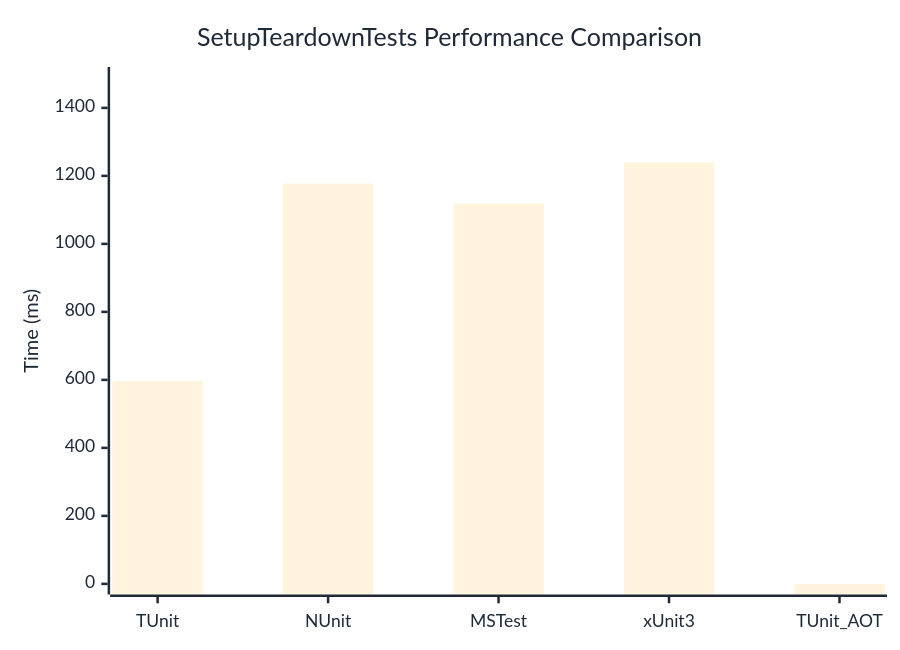
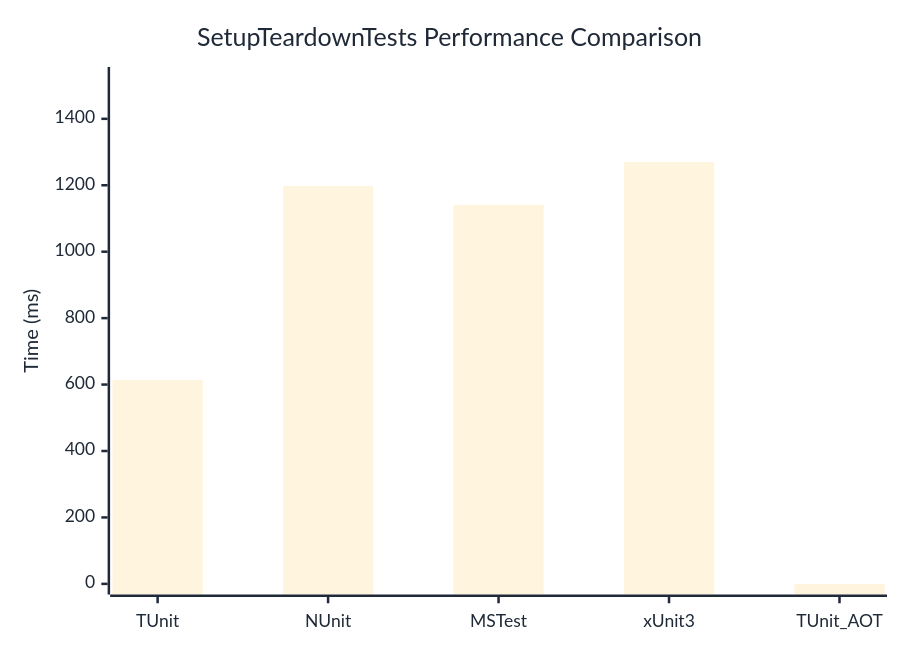
One commit to thomhurst/TUnit changed the diagram in docs/docs/benchmarks/SetupTeardownTests.md. Above: the diagram before and after it, drawn with Mermaid. The commit also changed other lines of this file and 37 other files, not shown here.

````diff
--- a/docs/docs/benchmarks/SetupTeardownTests.md
+++ b/docs/docs/benchmarks/SetupTeardownTests.md
@@ -27,37 +27,37 @@
 ```mermaid
 %%{init: {
   'theme':'base',
   'themeVariables': {
     'primaryColor': '#2563eb',
     'primaryTextColor': '#1f2937',
     'primaryBorderColor': '#1e40af',
     'lineColor': '#6b7280',
     'secondaryColor': '#7c3aed',
     'tertiaryColor': '#dc2626',
     'background': '#ffffff',
     'mainBkg': '#2563eb',
     'secondBkg': '#7c3aed',
     'tertiaryBkg': '#dc2626',
     'clusterBkg': '#f3f4f6',
     'edgeLabelBackground': '#ffffff',
     'tertiaryTextColor': '#1f2937',
     'pie1': '#2563eb',
     'pie2': '#7c3aed',
     'pie3': '#dc2626',
     'pie4': '#f59e0b',
     'pie5': '#10b981',
     'pie6': '#06b6d4',
     'pie7': '#ec4899',
     'pie8': '#6366f1',
     'pie9': '#84cc16',
     'pie10': '#f97316',
     'pie11': '#14b8a6',
     'pie12': '#a855f7'
   }
 }}%%
 xychart-beta
   title "SetupTeardownTests Performance Comparison"
   x-axis ["TUnit", "NUnit", "MSTest", "xUnit3", "TUnit_AOT"]
-  y-axis "Time (ms)" 0 --> 1489
-  bar [596.6, 1177.5, 1118.6, 1240.3, 0]
+  y-axis "Time (ms)" 0 --> 1524
+  bar [613.8, 1197.9, 1141.1, 1269.8, 0]
 ```
````
